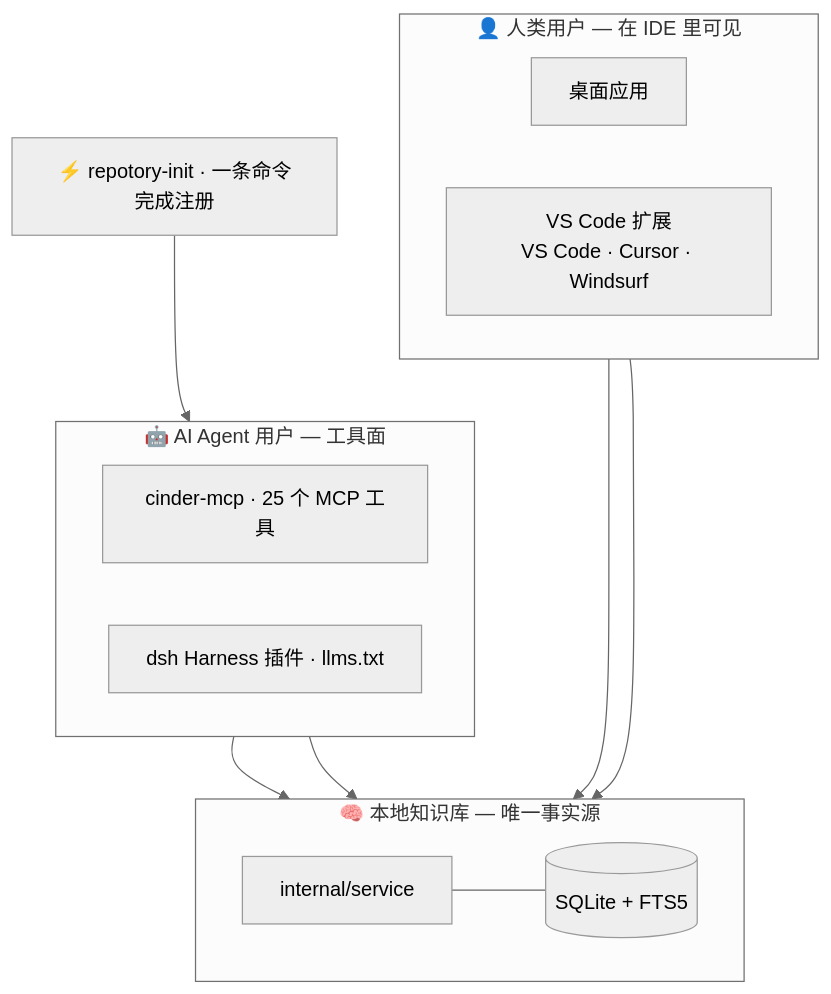
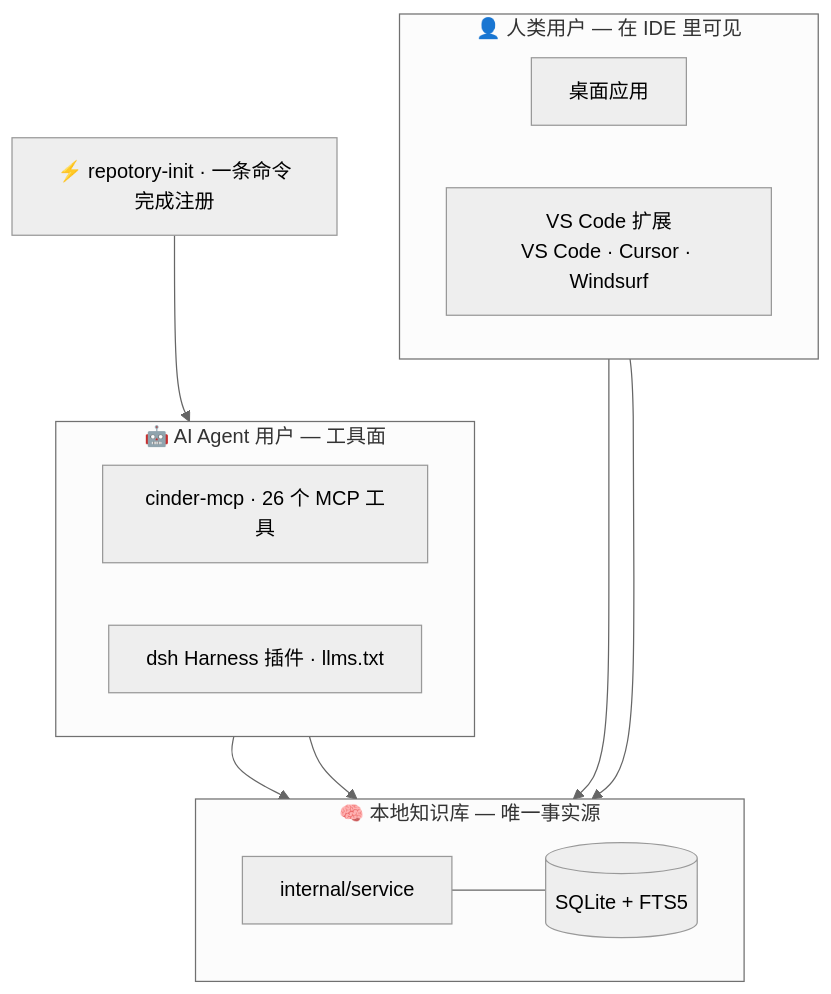
Before and after one commit to sky-jiangcheng/cinder: the fifth of 5 diagrams in docs/architecture.md, drawn with Mermaid (neutral theme). The commit also changed 15 other files, not shown here.

````diff
--- a/docs/architecture.md
+++ b/docs/architecture.md
@@ -152,24 +152,24 @@
 ```mermaid
 flowchart TB
     subgraph HUMAN[👤 人类用户 — 在 IDE 里可见]
         direction LR
         DESKTOP[桌面应用]
         VSCODE[VS Code 扩展<br/>VS Code · Cursor · Windsurf]
     end
     subgraph AGENT[🤖 AI Agent 用户 — 工具面]
         direction LR
-        MCP[cinder-mcp · 25 个 MCP 工具]
+        MCP[cinder-mcp · 26 个 MCP 工具]
         DSH[dsh Harness 插件 · llms.txt]
     end
     subgraph CORE[🧠 本地知识库 — 唯一事实源]
         direction LR
         SVC[internal/service] --- DB[(SQLite + FTS5)]
     end
     HUMAN ~~~ AGENT ~~~ CORE
     INIT[⚡ repotory-init · 一条命令完成注册]
     INIT --> MCP
     DESKTOP --> SVC
     VSCODE --> SVC
     MCP --> SVC
     DSH --> SVC
 ```
````
